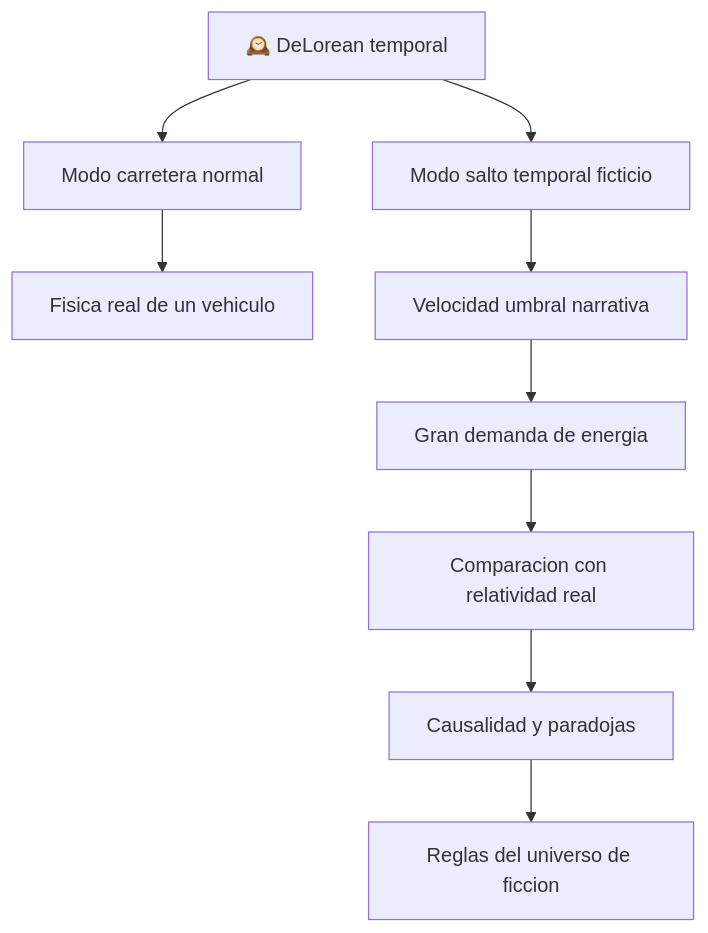
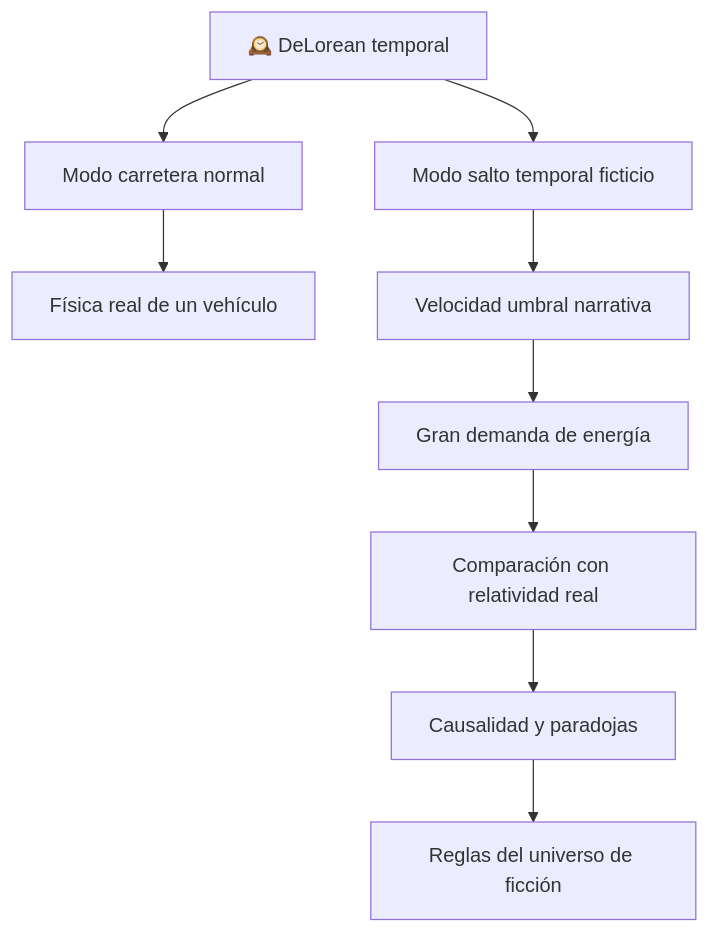
Before and after one commit to vladimiracunadev-create/machine-operator-program: the diagram in vehiculos-fantasticos/delorean/README.md, drawn with Mermaid. The commit also changed other lines of this file and 442 other files, not shown here.

````diff
--- a/vehiculos-fantasticos/delorean/README.md
+++ b/vehiculos-fantasticos/delorean/README.md
@@ -37,11 +37,11 @@
 ```mermaid
 flowchart TD
     Nave[🕰️ DeLorean temporal] --> Modo1[Modo carretera normal]
     Nave --> Modo2[Modo salto temporal ficticio]
-    Modo1 --> Fisica[Fisica real de un vehiculo]
+    Modo1 --> Fisica[Física real de un vehículo]
     Modo2 --> Umbral[Velocidad umbral narrativa]
-    Umbral --> Energia[Gran demanda de energia]
-    Energia --> Relatividad[Comparacion con relatividad real]
+    Umbral --> Energia[Gran demanda de energía]
+    Energia --> Relatividad[Comparación con relatividad real]
     Relatividad --> Paradoja[Causalidad y paradojas]
-    Paradoja --> Ficcion[Reglas del universo de ficcion]
+    Paradoja --> Ficcion[Reglas del universo de ficción]
 ```
````
